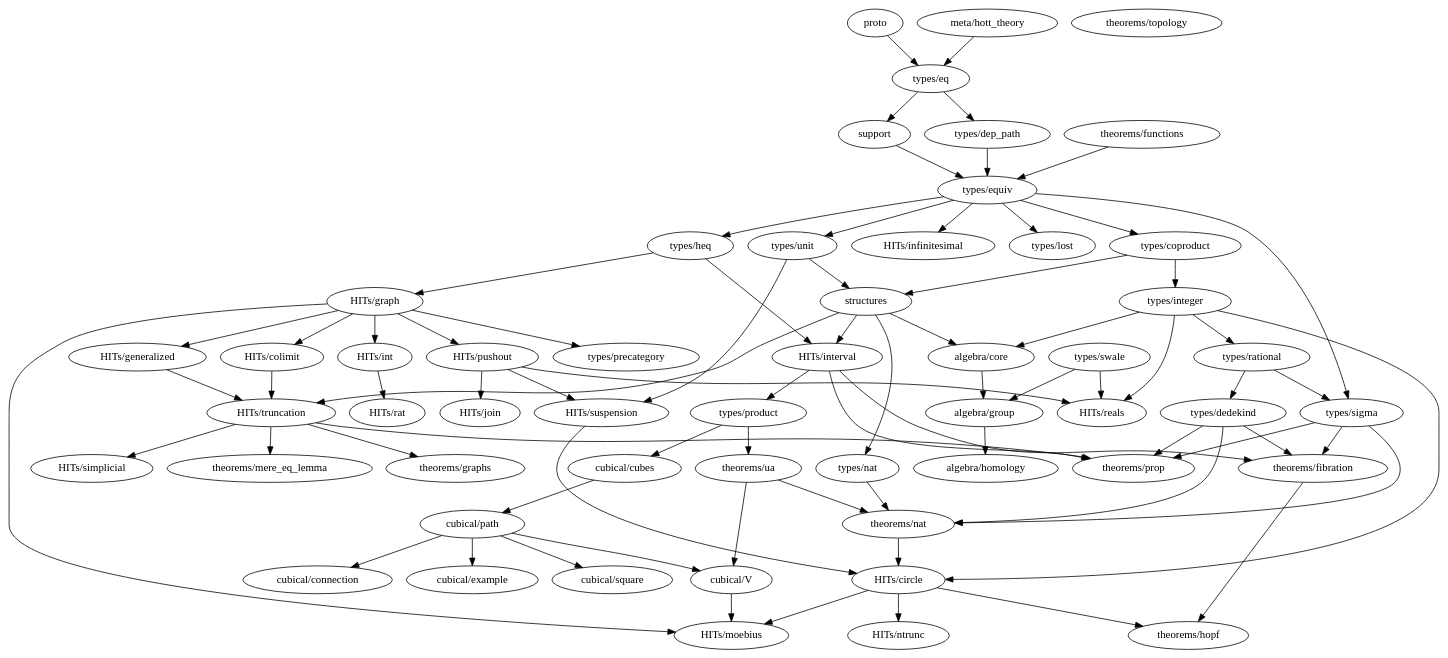
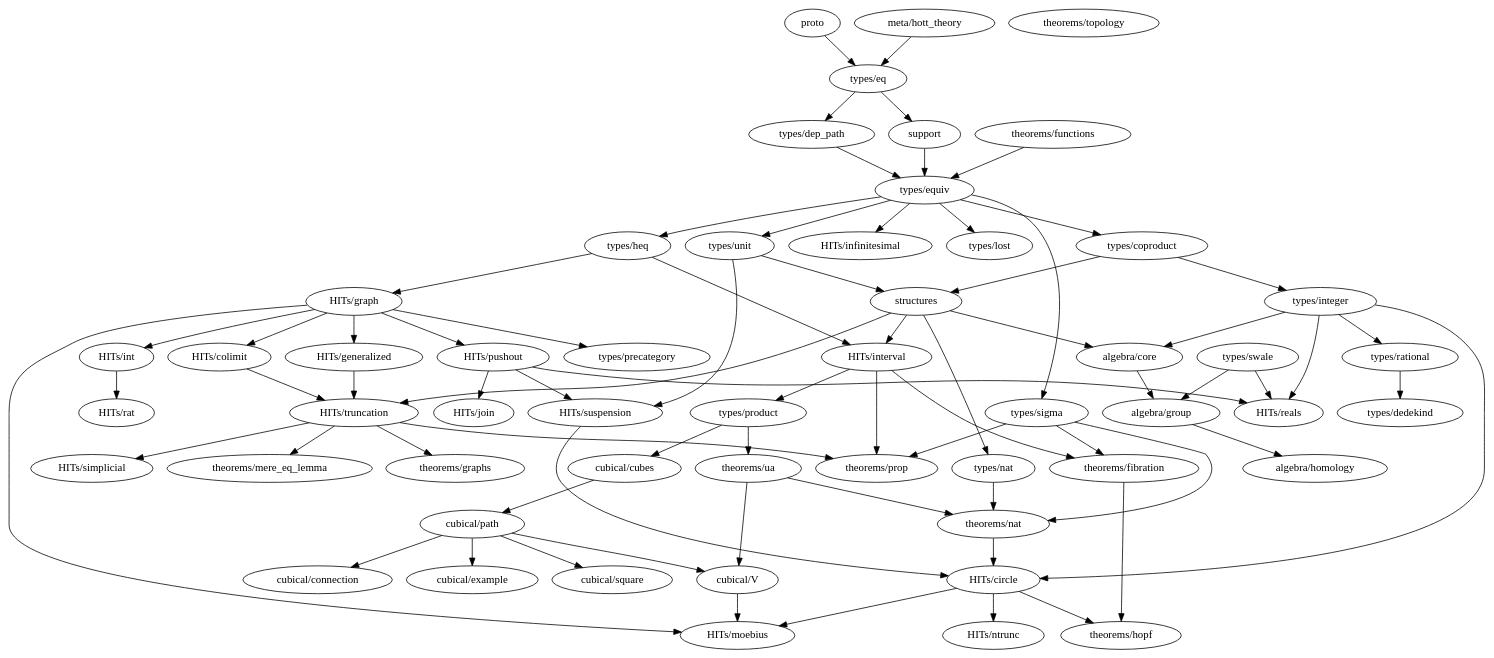
The diagram in dependency_map.gv (forked-from-1kasper/ground_zero), drawn with Graphviz before and after one commit. The commit also changed 1 other file, not shown here.

```diff
--- a/dependency_map.gv
+++ b/dependency_map.gv
@@ -1,114 +1,114 @@
 digraph dependency_map {
   proto -> "types/eq"
   "meta/hott_theory" -> "types/eq"
   support -> "types/equiv"
   structures -> {
     "HITs/interval",
     "HITs/truncation",
     "algebra/core",
     "types/nat"
   }
 
   subgraph algebra {
     "algebra/core" -> "algebra/group"
     "algebra/group" -> "algebra/homology"
     "algebra/homology"
   }
 
   subgraph types {
     "types/coproduct" -> { "types/integer", structures }
     "types/dedekind"
     "types/dep_path" -> "types/equiv"
     "types/eq" -> { "types/dep_path", support }
     "types/equiv" -> {
       "types/heq",
       "HITs/infinitesimal",
       "types/coproduct",
       "types/lost",
       "types/unit",
       "types/sigma"
     }
     "types/heq" -> {
       "HITs/interval",
       "HITs/graph"
     }
     "types/integer" -> {
       "HITs/circle",
       "HITs/reals",
       "algebra/core",
       "types/rational"
     }
     "types/lost"
     "types/nat" -> { "theorems/nat" }
     "types/product" -> { "cubical/cubes", "theorems/ua" }
-    "types/rational" -> "types/dedekind",
+    "types/rational" -> { "types/dedekind" }
     "types/sigma" -> { "theorems/fibration", "theorems/prop", "theorems/nat" }
     "types/swale" -> { "HITs/reals", "algebra/group" }
     "types/unit" -> { structures, "HITs/suspension" }
   }
 
   subgraph HITs {
     "HITs/circle" -> { "HITs/ntrunc", "theorems/hopf", "HITs/moebius" }
     "HITs/colimit" -> "HITs/truncation"
     "HITs/generalized" -> "HITs/truncation"
     "HITs/graph" -> {
       "HITs/colimit",
       "HITs/generalized",
       "HITs/int",
       "HITs/pushout",
       "HITs/moebius",
       "types/precategory"
     }
     "HITs/infinitesimal"
     "HITs/int" -> "HITs/rat"
     "HITs/interval" -> {
       "types/product",
       "theorems/prop",
       "theorems/fibration"
     }
     "HITs/join"
     "HITs/moebius"
     "HITs/ntrunc"
     "HITs/pushout" -> {
       "HITs/join",
       "HITs/reals",
       "HITs/suspension"
     }
     "HITs/rat"
     "HITs/reals"
     "HITs/simplicial"
     "HITs/suspension" -> "HITs/circle"
     "HITs/truncation" -> {
       "theorems/mere_eq_lemma",
       "theorems/prop",
       "theorems/graphs",
       "HITs/simplicial"
     }
   }
 
   subgraph cubical {
     "cubical/connection"
     "cubical/cubes" -> "cubical/path"
     "cubical/example"
     "cubical/path" -> {
       "cubical/square",
       "cubical/example",
       "cubical/V",
       "cubical/connection"
     }
     "cubical/square"
     "cubical/V" -> "HITs/moebius"
   }
 
   subgraph theorems {
     "theorems/fibration" -> { "theorems/hopf" }
     "theorems/functions" -> { "types/equiv" }
     "theorems/graphs"
     "theorems/hopf"
     "theorems/mere_eq_lemma"
     "theorems/nat" -> { "HITs/circle" }
     "theorems/prop"
     "theorems/topology"
     "theorems/ua" -> { "theorems/nat", "cubical/V" }
   }
 }
```
